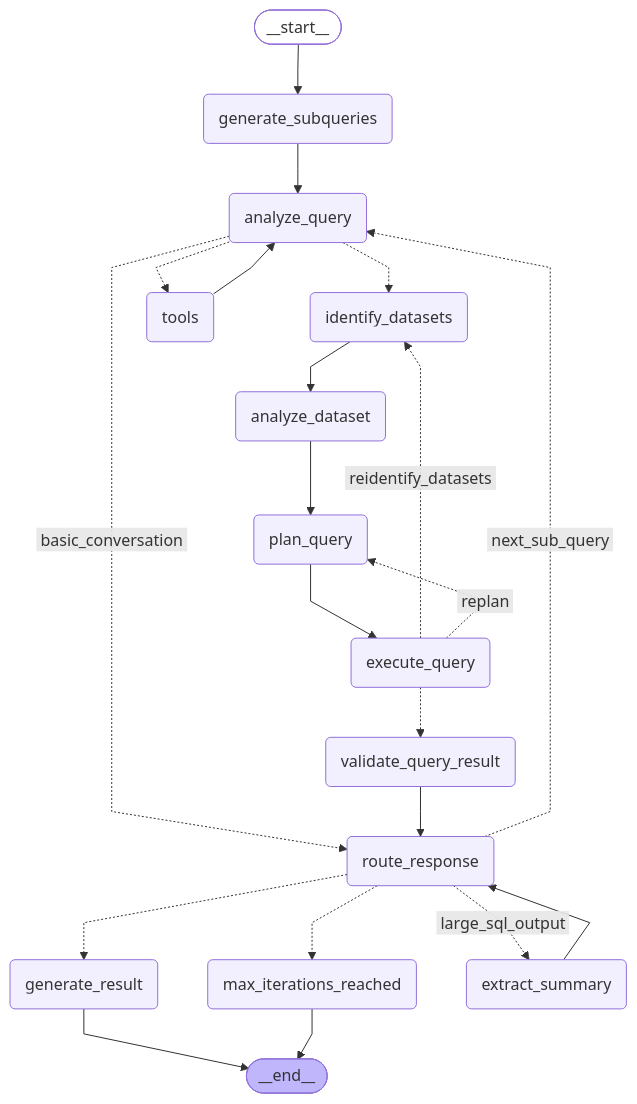
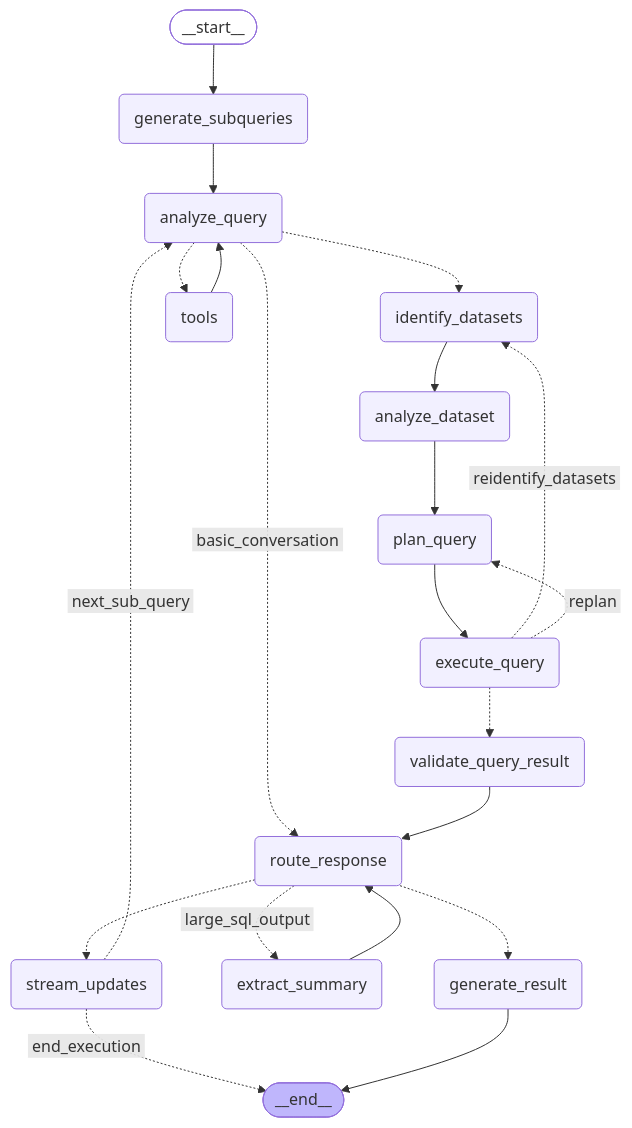
Before and after one commit to factly/gopie: the diagram in graph/graph.mmd, drawn with Mermaid. The commit also changed 3 other files, not shown here.

```diff
--- a/graph/graph.mmd
+++ b/graph/graph.mmd
@@ -1,43 +1,43 @@
 ---
 config:
   flowchart:
-    curve: linear
+    curve: basis
 ---
 graph TD;
 	__start__([<p>__start__</p>]):::first
 	generate_subqueries(generate_subqueries)
 	identify_datasets(identify_datasets)
 	analyze_query(analyze_query)
 	plan_query(plan_query)
 	execute_query(execute_query)
 	generate_result(generate_result)
-	max_iterations_reached(max_iterations_reached)
 	analyze_dataset(analyze_dataset)
 	validate_query_result(validate_query_result)
 	extract_summary(extract_summary)
+	stream_updates(stream_updates)
 	tools(tools)
 	route_response(route_response)
 	__end__([<p>__end__</p>]):::last
 	__start__ --> generate_subqueries;
 	analyze_dataset --> plan_query;
 	analyze_query -.-> identify_datasets;
 	analyze_query -. &nbsp;basic_conversation&nbsp; .-> route_response;
 	analyze_query -.-> tools;
 	execute_query -. &nbsp;reidentify_datasets&nbsp; .-> identify_datasets;
 	execute_query -. &nbsp;replan&nbsp; .-> plan_query;
 	execute_query -.-> validate_query_result;
 	extract_summary --> route_response;
 	generate_subqueries --> analyze_query;
 	identify_datasets --> analyze_dataset;
 	plan_query --> execute_query;
-	route_response -. &nbsp;next_sub_query&nbsp; .-> analyze_query;
 	route_response -. &nbsp;large_sql_output&nbsp; .-> extract_summary;
 	route_response -.-> generate_result;
-	route_response -.-> max_iterations_reached;
+	route_response -.-> stream_updates;
+	stream_updates -. &nbsp;end_execution&nbsp; .-> __end__;
+	stream_updates -. &nbsp;next_sub_query&nbsp; .-> analyze_query;
 	tools --> analyze_query;
 	validate_query_result --> route_response;
 	generate_result --> __end__;
-	max_iterations_reached --> __end__;
 	classDef default fill:#f2f0ff,line-height:1.2
 	classDef first fill-opacity:0
 	classDef last fill:#bfb6fc
```
